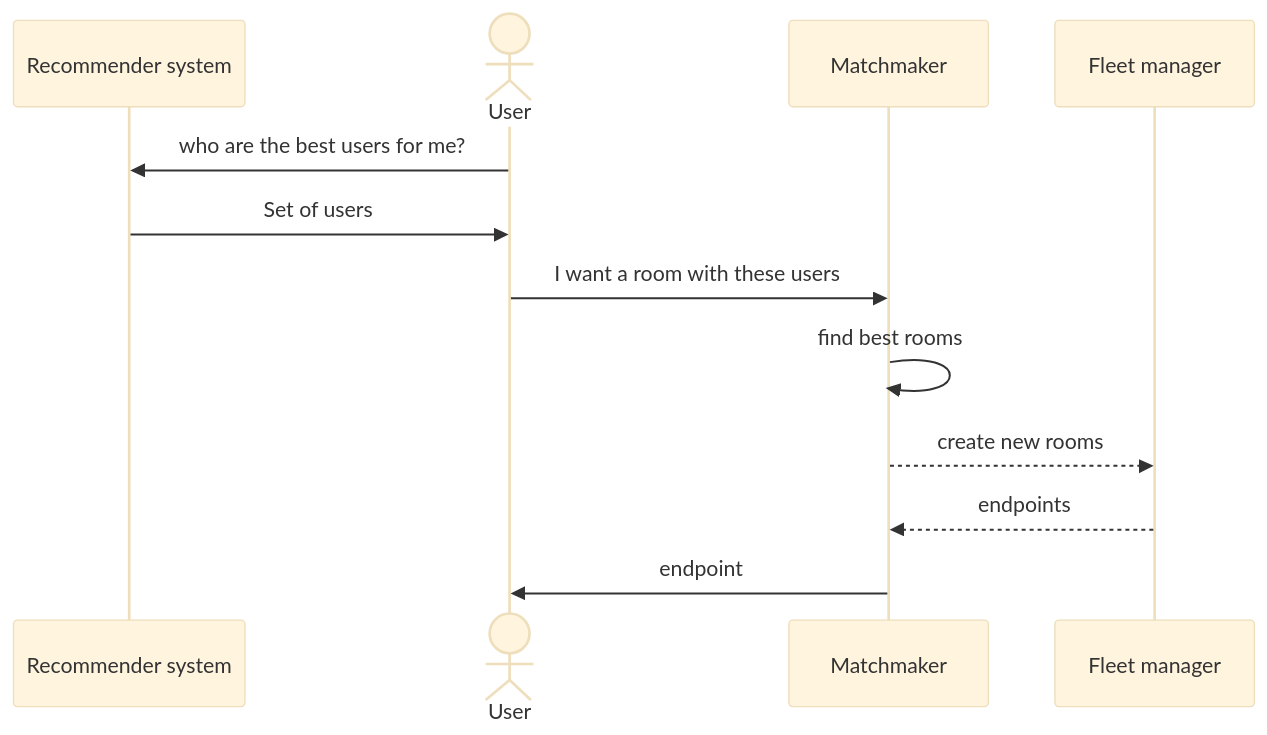
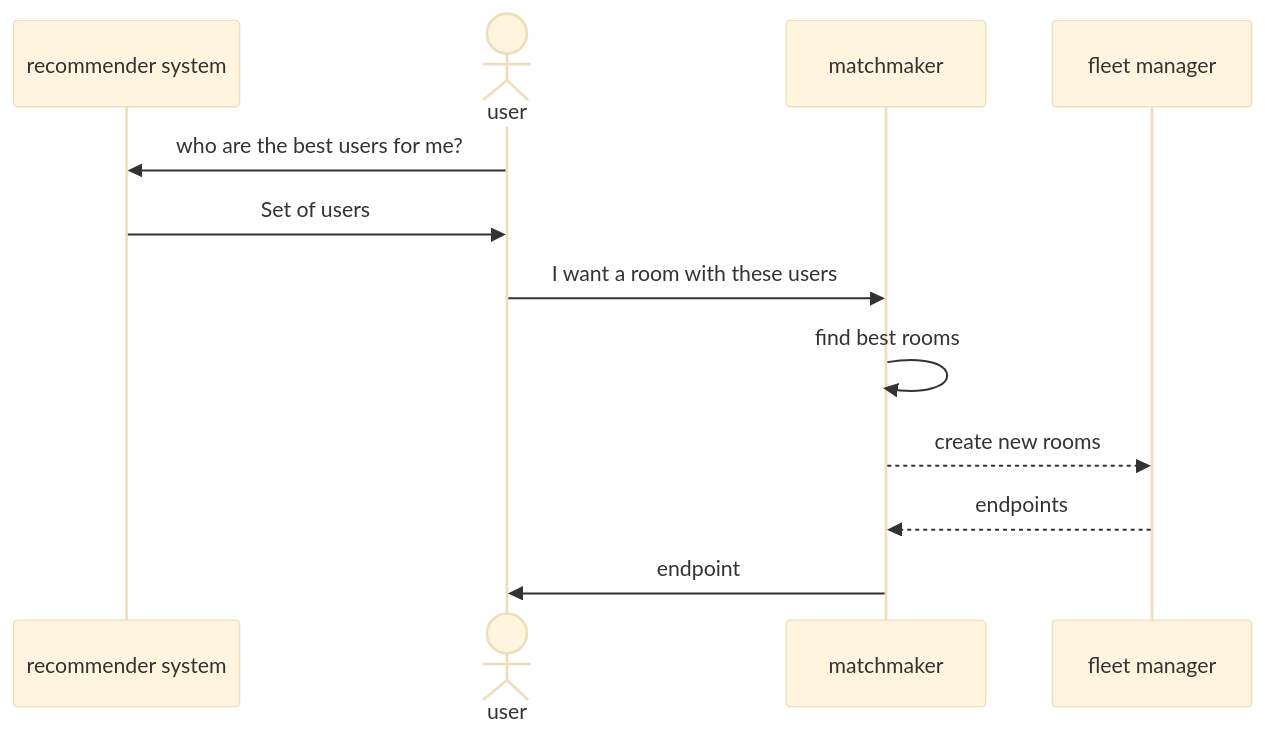
One commit to AdrKacz/super-duper-guacamole changed the first of 5 diagrams in README.md. Above: the diagram before and after it, drawn with Mermaid (base theme). The commit also changed other lines of this file, not shown here.

````diff
--- a/README.md
+++ b/README.md
@@ -23,14 +23,14 @@
 ```mermaid
 sequenceDiagram
-    participant RS as Recommender system
-    actor User
-    participant MM as Matchmaker
-    participant FM as Fleet manager
-    User ->> RS: who are the best users for me?
-    RS ->> User: Set of users
-    User ->> MM: I want a room with these users
+    participant RS as recommender system
+    actor u as user
+    participant MM as matchmaker
+    participant FM as fleet manager
+    u ->> RS: who are the best users for me?
+    RS ->> u: Set of users
+    u ->> MM: I want a room with these users
     MM ->> MM: find best rooms
     MM -->> FM : create new rooms
     FM -->> MM : endpoints
-    MM ->> User : endpoint
+    MM ->> u : endpoint
 ```
````
